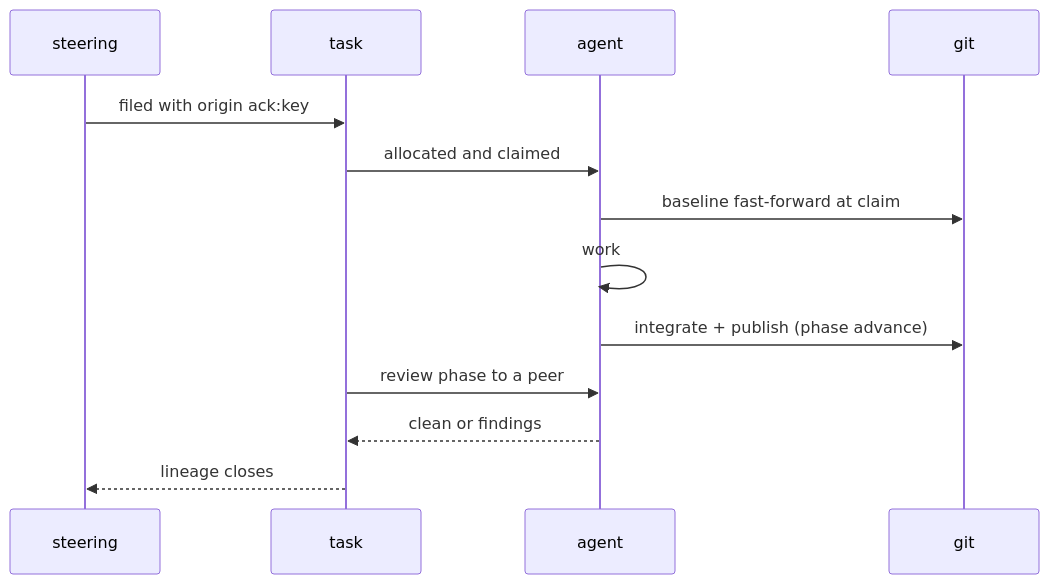
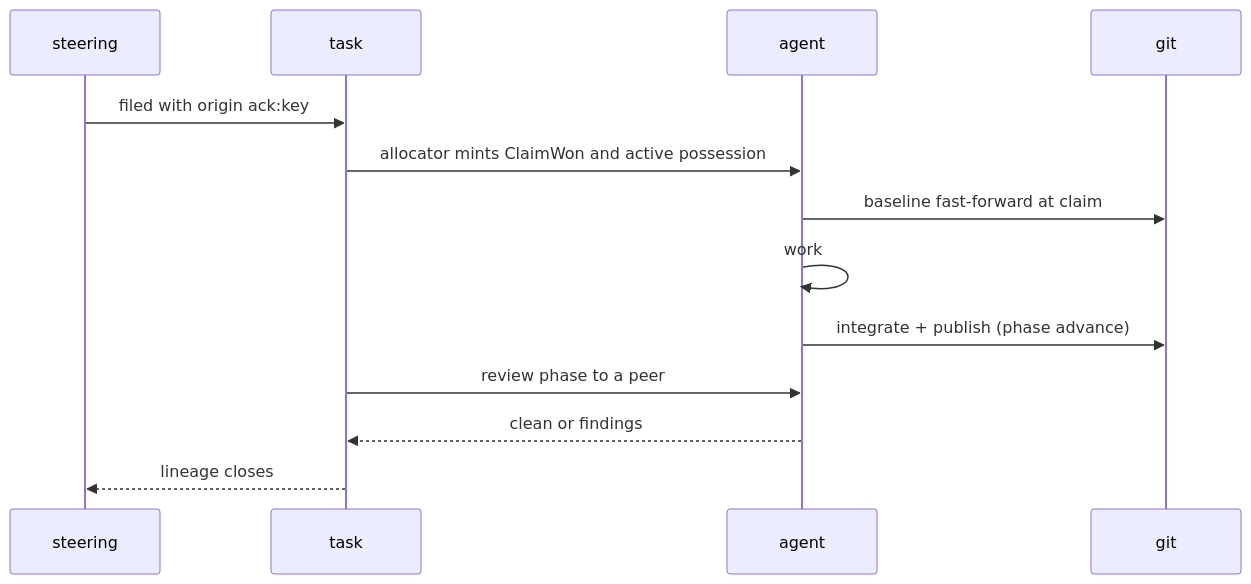
Before and after one commit to infimalabs/spice-rust: the fourth of 6 diagrams in docs/product/model/failures.md, drawn with Mermaid. The commit also changed other lines of this file and 71 other files, not shown here.

````diff
--- a/docs/product/model/failures.md
+++ b/docs/product/model/failures.md
@@ -95,15 +109,15 @@
 ```mermaid
 sequenceDiagram
   participant S as steering
   participant T as task
   participant A as agent
   participant G as git
   S->>T: filed with origin ack:key
-  T->>A: allocated and claimed
+  T->>A: allocator mints ClaimWon and active possession
   A->>G: baseline fast-forward at claim
   A->>A: work
   A->>G: integrate + publish (phase advance)
   T->>A: review phase to a peer
   A-->>T: clean or findings
   T-->>S: lineage closes
 ```
````
